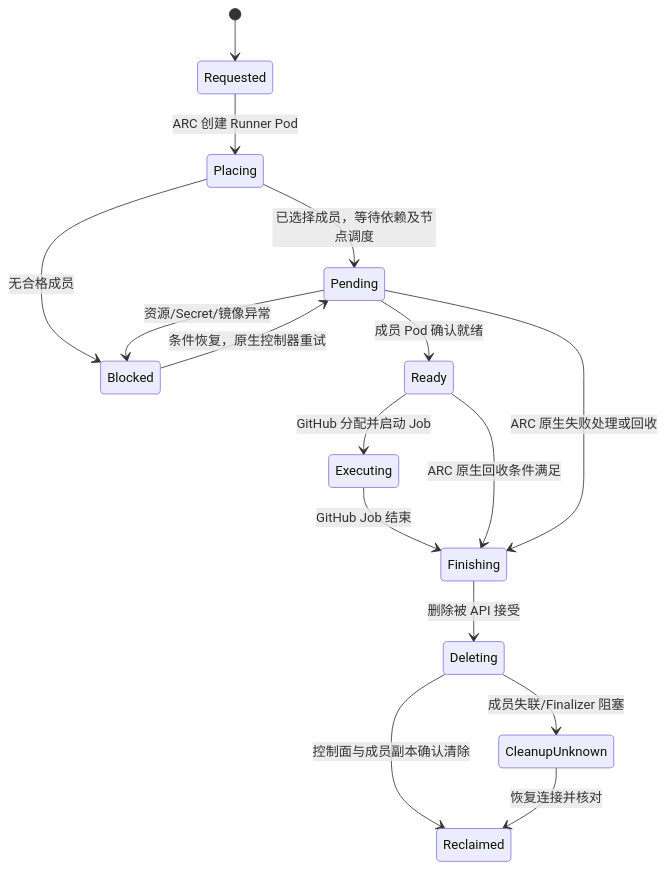
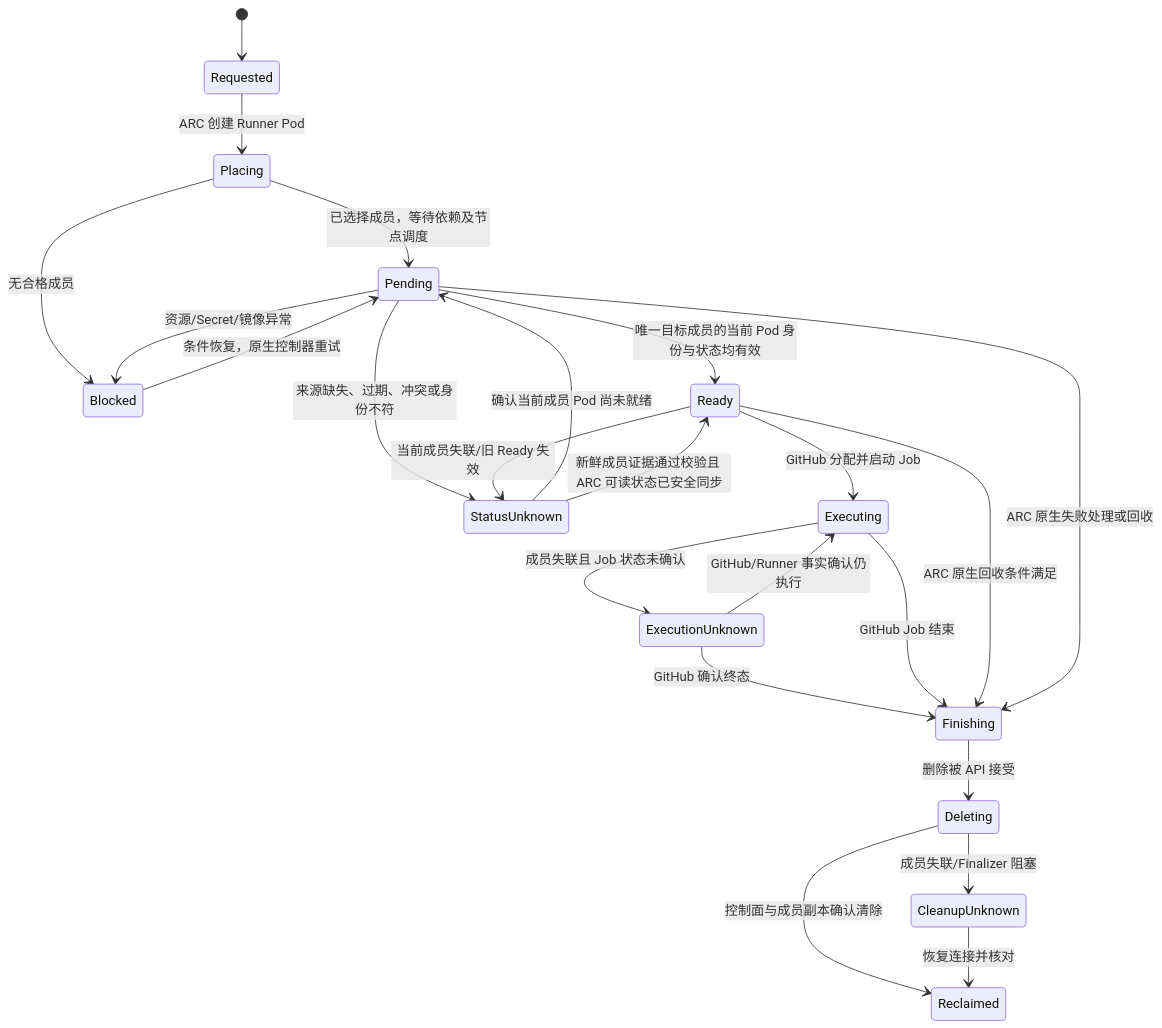
One commit to pkking/arc-karmada-test changed the fifth of 18 diagrams in docs/ASCEND-CI-FEDERATED-CLUSTER-FUNCTIONAL-DESIGN.md. Above: the diagram before and after it, drawn with Mermaid. The commit also changed other lines of this file and 2 other files, not shown here.

First line of the commit message:
docs: 收敛 NPU 需求先验、成员放置和 Runner 状态正确性设计 (#15)

````diff
--- a/docs/ASCEND-CI-FEDERATED-CLUSTER-FUNCTIONAL-DESIGN.md
+++ b/docs/ASCEND-CI-FEDERATED-CLUSTER-FUNCTIONAL-DESIGN.md
@@ -943,18 +952,25 @@
 ```mermaid
 stateDiagram-v2
   [*] --> Requested
   Requested --> Placing: ARC 创建 Runner Pod
   Placing --> Pending: 已选择成员，等待依赖及节点调度
   Placing --> Blocked: 无合格成员
-  Pending --> Ready: 成员 Pod 确认就绪
+  Pending --> Ready: 唯一目标成员的当前 Pod 身份与状态均有效
+  Pending --> StatusUnknown: 来源缺失、过期、冲突或身份不符
+  Ready --> StatusUnknown: 当前成员失联/旧 Ready 失效
+  StatusUnknown --> Pending: 确认当前成员 Pod 尚未就绪
+  StatusUnknown --> Ready: 新鲜成员证据通过校验且 ARC 可读状态已安全同步
   Pending --> Blocked: 资源/Secret/镜像异常
   Blocked --> Pending: 条件恢复，原生控制器重试
   Ready --> Executing: GitHub 分配并启动 Job
+  Executing --> ExecutionUnknown: 成员失联且 Job 状态未确认
+  ExecutionUnknown --> Executing: GitHub/Runner 事实确认仍执行
+  ExecutionUnknown --> Finishing: GitHub 确认终态
   Executing --> Finishing: GitHub Job 结束
   Ready --> Finishing: ARC 原生回收条件满足
   Pending --> Finishing: ARC 原生失败处理或回收
   Finishing --> Deleting: 删除被 API 接受
   Deleting --> Reclaimed: 控制面与成员副本确认清除
   Deleting --> CleanupUnknown: 成员失联/Finalizer 阻塞
   CleanupUnknown --> Reclaimed: 恢复连接并核对
 ```
````
